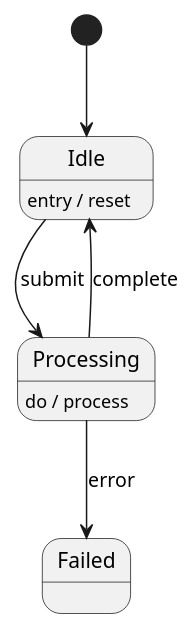
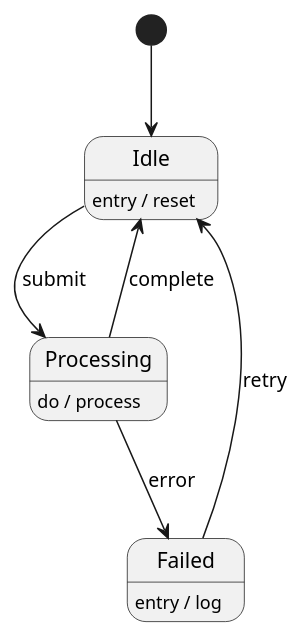
The diagram in src/uml/state-machine-diagrams.adoc (kieranpotts/cheats), drawn with PlantUML before and after one commit. The commit also changed other lines of this file and 14 other files, not shown here.

Commit message:
edit: extended uml cheats

```diff
--- a/src/uml/state-machine-diagrams.adoc
+++ b/src/uml/state-machine-diagrams.adoc
@@ -36,11 +80,13 @@
 [plantuml]
 ....
 [*] --> Idle
 
 Idle --> Processing : submit
 Processing --> Idle : complete
 Processing --> Failed : error
 
 Idle : entry / reset
 Processing : do / process
+Failed : entry / log
+Failed --> Idle : retry
 ....
```
